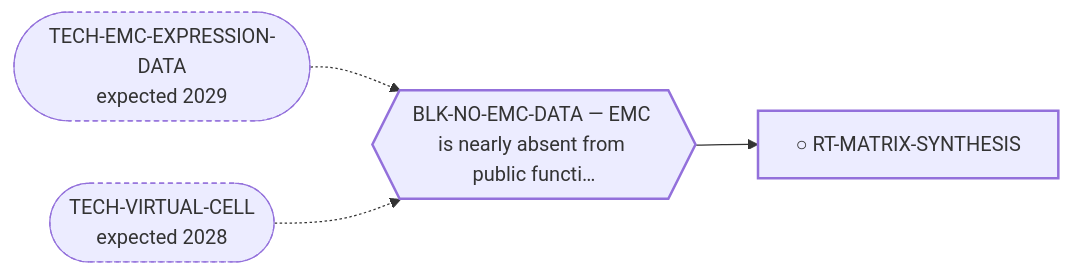
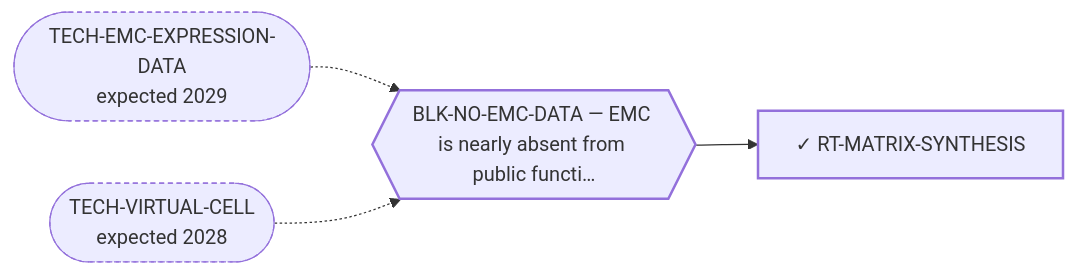
The diagram in systems/views/L2-rt-matrix-synthesis.md (trimcrae/Rare-cancers), drawn with Mermaid before and after one commit. The commit also changed other lines of this file and 17 other files, not shown here.

````diff
--- a/systems/views/L2-rt-matrix-synthesis.md
+++ b/systems/views/L2-rt-matrix-synthesis.md
@@ -27,14 +27,14 @@
 ```mermaid
 flowchart LR
-  RT_MATRIX_SYNTHESIS["○ RT-MATRIX-SYNTHESIS"]:::fam
+  RT_MATRIX_SYNTHESIS["✓ RT-MATRIX-SYNTHESIS"]:::fam
   BLK_NO_EMC_DATA{{"BLK-NO-EMC-DATA — EMC is nearly absent from public functi…"}}:::blk
   BLK_NO_EMC_DATA --> RT_MATRIX_SYNTHESIS
   TECH_EMC_EXPRESSION_DATA(["TECH-EMC-EXPRESSION-DATA<br/>expected 2029"]):::tech
   TECH_EMC_EXPRESSION_DATA -.-> BLK_NO_EMC_DATA
   TECH_VIRTUAL_CELL(["TECH-VIRTUAL-CELL<br/>expected 2028"]):::tech
   TECH_VIRTUAL_CELL -.-> BLK_NO_EMC_DATA
   classDef fam stroke-width:2px;
   classDef blk stroke-width:2px;
   classDef perm stroke-width:4px;
   classDef tech stroke-width:1px,stroke-dasharray:4 3;
 ```
````
